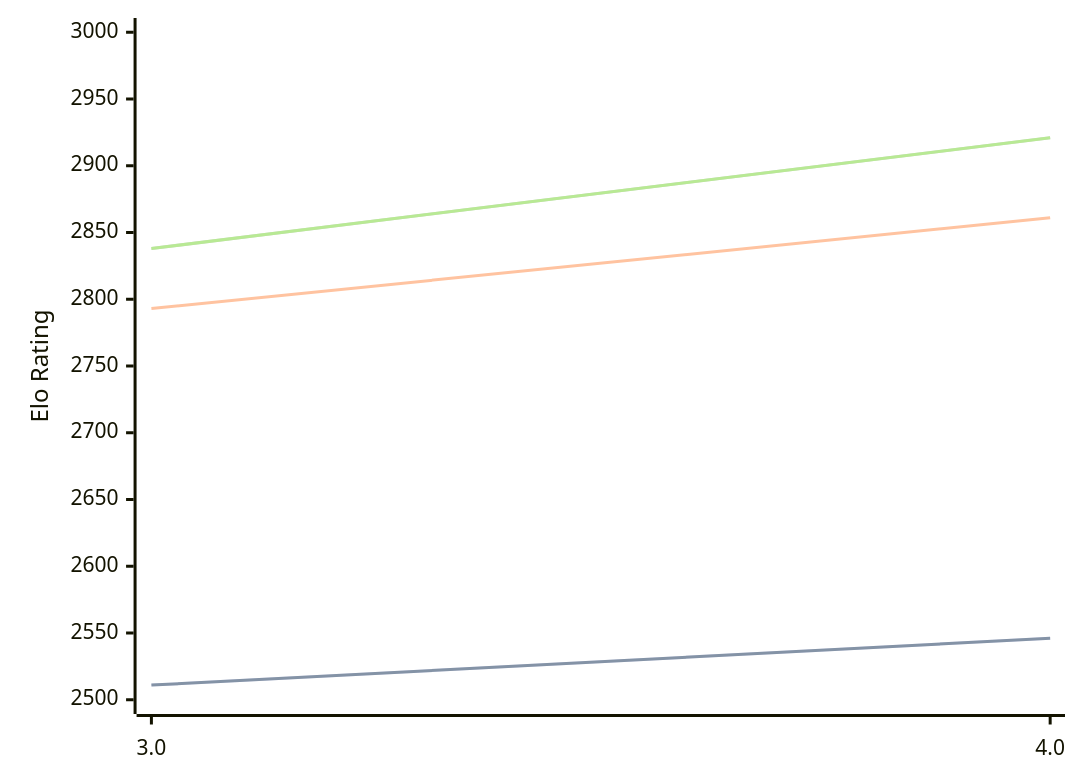
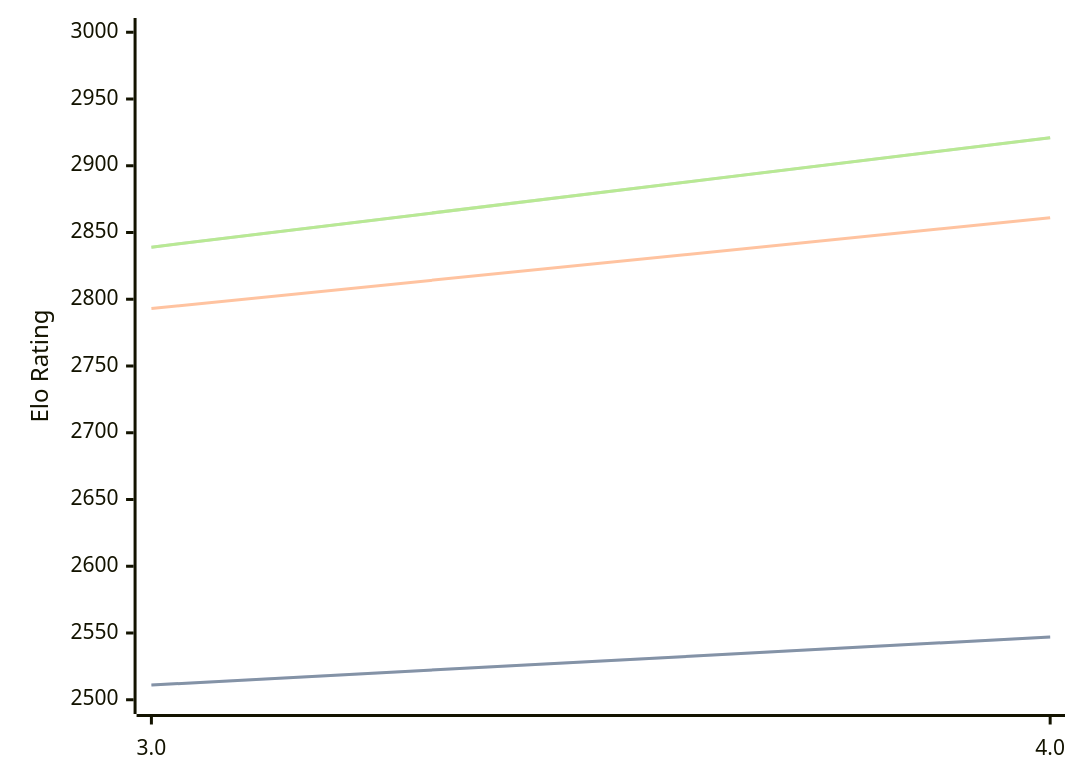
One commit to computer-chess-index/cci changed the diagram in engines/Chess3.md. Above: the diagram before and after it, drawn with Mermaid. The commit also changed other lines of this file, not shown here.

Commit message:
Update CCI Ratings (ELO VLTC) - 2026-04-24

````diff
--- a/engines/Chess3.md
+++ b/engines/Chess3.md
@@ -34,11 +34,11 @@
 ```mermaid
 %%{init: {"theme":"base","themeVariables":{"seriesColors:['#a3a3a3','#222221','#faa371']}}}%%
 xychart-beta
   x-axis ["3.0", "4.0"]
   y-axis "Elo Rating" 2500 --> 3000
-  line "STC (8.0+0.08s)" [2511, 2546]
-  line "STC (8.0+0.08s)" [2511, 2546]
+  line "STC (8.0+0.08s)" [2511, 2547]
+  line "STC (8.0+0.08s)" [2511, 2547]
   line "LTC (60.0+0.60s)" [2793, 2861]
-  line "VLTC (2m24s+1.12s)" [2838, 2921]
-  line "VLTC (2m24s+1.12s)" [2838, 2921]
+  line "VLTC (2m24s+1.12s)" [2839, 2921]
+  line "VLTC (2m24s+1.12s)" [2839, 2921]
 ```
````
